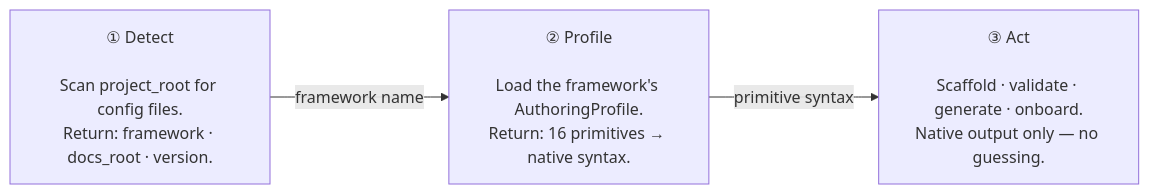
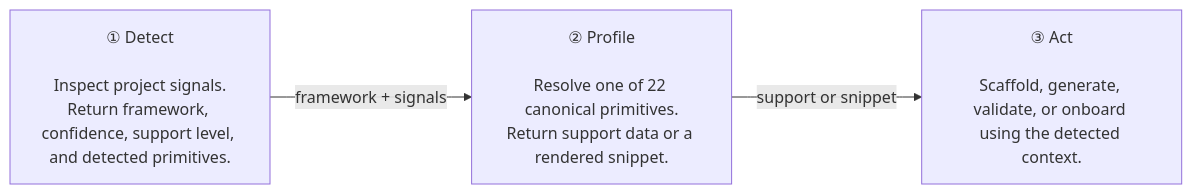
The first of 2 diagrams in docs/guides/detect-profile-act.md (Anselmoo/mcp-zen-of-docs), drawn with Mermaid before and after one commit. The commit also changed other lines of this file and 41 other files, not shown here.

````diff
--- a/docs/guides/detect-profile-act.md
+++ b/docs/guides/detect-profile-act.md
@@ -28,8 +28,8 @@
 ```mermaid
 flowchart LR
-    D["① Detect\n\nScan project_root for config files.\nReturn: framework · docs_root · version."]
-    P["② Profile\n\nLoad the framework's AuthoringProfile.\nReturn: 16 primitives → native syntax."]
-    A["③ Act\n\nScaffold · validate · generate · onboard.\nNative output only — no guessing."]
-    D -->|"framework name"| P
-    P -->|"primitive syntax"| A
+    D["① Detect\n\nInspect project signals.\nReturn framework, confidence, support level, and detected primitives."]
+    P["② Profile\n\nResolve one of 22 canonical primitives.\nReturn support data or a rendered snippet."]
+    A["③ Act\n\nScaffold, generate, validate, or onboard using the detected context."]
+    D -->|framework + signals| P
+    P -->|support or snippet| A
 ```
````
